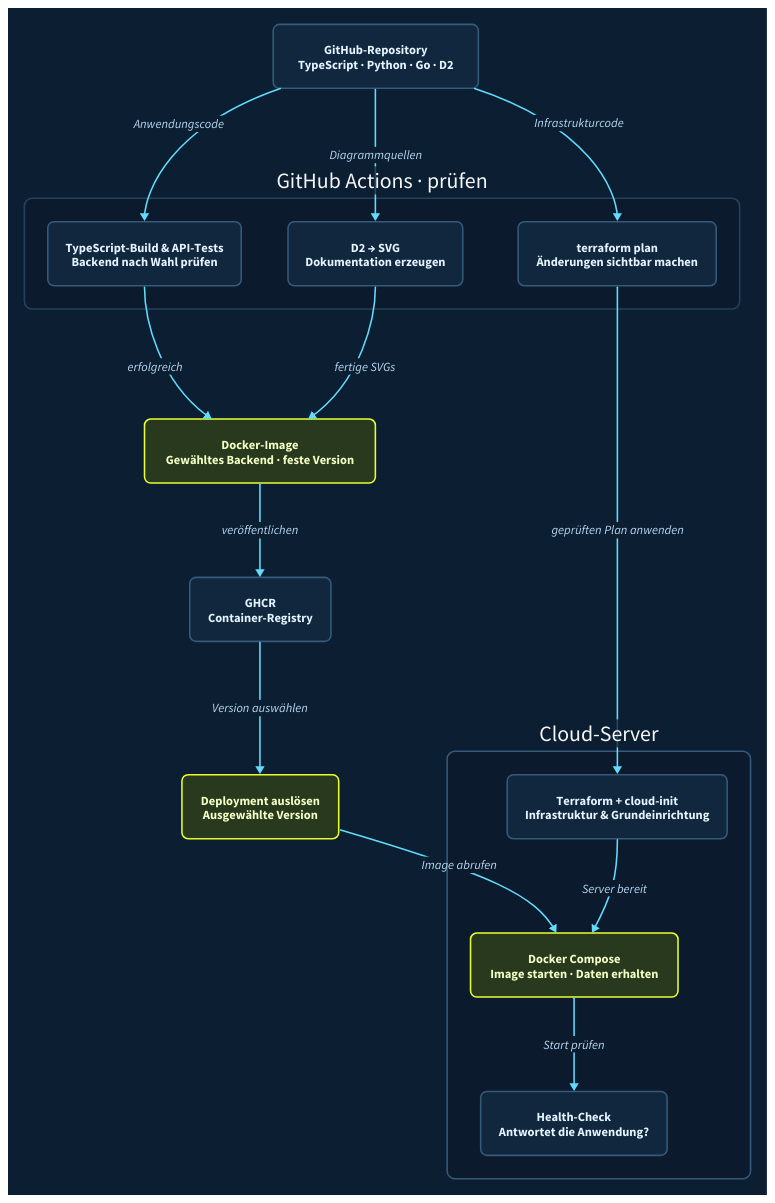
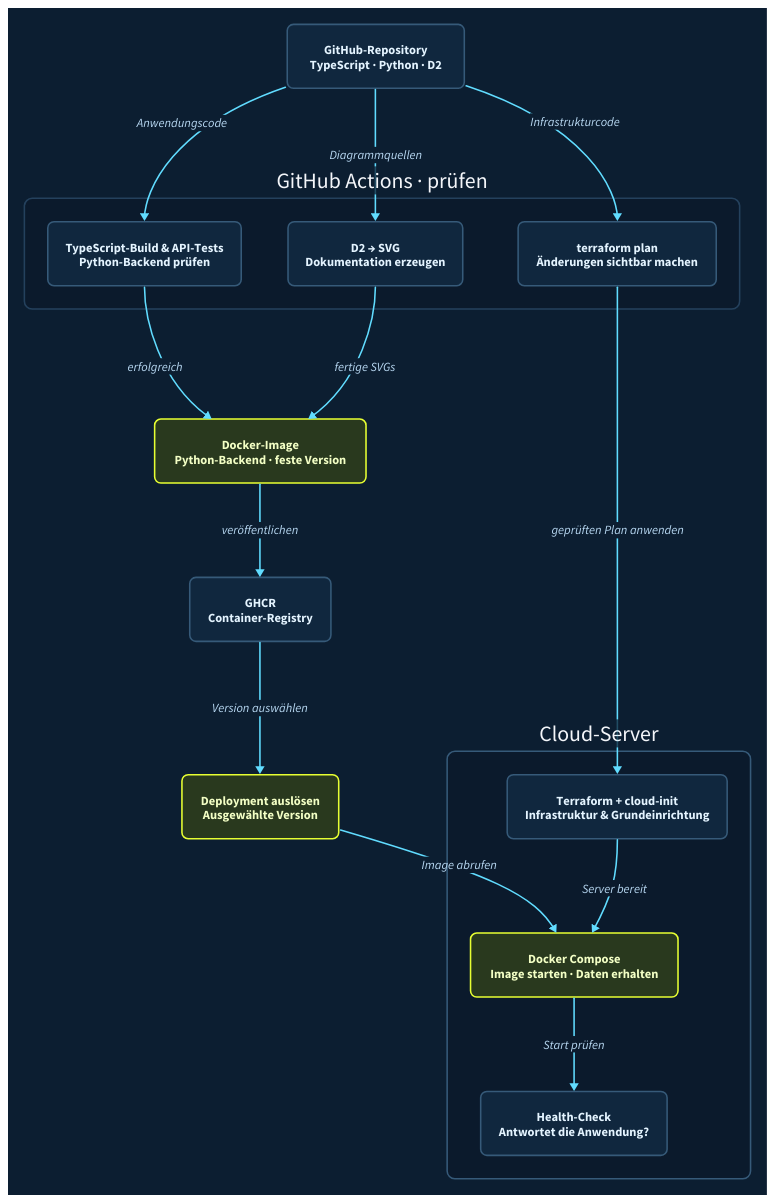
Before and after one commit to crnly/strom-dashboard: the diagram in diagrams/deployment.d2, drawn with D2. The commit also changed 17 other files, not shown here.

Commit message:
Simplify application to a single Python backend

```diff
--- a/diagrams/deployment.d2
+++ b/diagrams/deployment.d2
@@ -1,35 +1,35 @@
 vars: {d2-config: {theme-id: 201}}
 style: {fill: "#0C1E31"; font-color: "#E4F4FF"}
 # Geplanter Software- und Infrastrukturweg. Releases sind versioniert.
 direction: down
 classes: {
   node: {style: {fill: "#10273E"; stroke: "#365A79"; font-color: "#E4F4FF"; border-radius: 8}}
   emphasis: {style: {fill: "#29391E"; stroke: "#E7FF32"; font-color: "#F3FFC5"; border-radius: 8}}
 }
-repo: "GitHub-Repository\nTypeScript · Python · Go · D2" {class: node}
+repo: "GitHub-Repository\nTypeScript · Python · D2" {class: node}
 ci: "GitHub Actions · prüfen" {
   style: {fill: "#0B1A2C"; stroke: "#24415D"; border-radius: 10}
-  tests: "TypeScript-Build & API-Tests\nBackend nach Wahl prüfen" {class: node}
+  tests: "TypeScript-Build & API-Tests\nPython-Backend prüfen" {class: node}
   docs: "D2 → SVG\nDokumentation erzeugen" {class: node}
   plan: "terraform plan\nÄnderungen sichtbar machen" {class: node}
 }
-image: "Docker-Image\nGewähltes Backend · feste Version" {class: emphasis}
+image: "Docker-Image\nPython-Backend · feste Version" {class: emphasis}
 registry: "GHCR\nContainer-Registry" {class: node}
 release: "Deployment auslösen\nAusgewählte Version" {class: emphasis}
 server: "Cloud-Server" {
   style: {fill: "#0B1A2C"; stroke: "#365A79"; border-radius: 10}
   init: "Terraform + cloud-init\nInfrastruktur & Grundeinrichtung" {class: node}
   run: "Docker Compose\nImage starten · Daten erhalten" {class: emphasis}
   health: "Health-Check\nAntwortet die Anwendung?" {class: node}
 }
 repo -> ci.tests: Anwendungscode {style: {stroke: "#61DCFF"; font-color: "#B8D8F2"}}
 repo -> ci.docs: Diagrammquellen {style: {stroke: "#61DCFF"; font-color: "#B8D8F2"}}
 repo -> ci.plan: Infrastrukturcode {style: {stroke: "#61DCFF"; font-color: "#B8D8F2"}}
 ci.tests -> image: erfolgreich {style: {stroke: "#61DCFF"; font-color: "#B8D8F2"}}
 ci.docs -> image: fertige SVGs {style: {stroke: "#61DCFF"; font-color: "#B8D8F2"}}
 image -> registry: veröffentlichen {style: {stroke: "#61DCFF"; font-color: "#B8D8F2"}}
 registry -> release: Version auswählen {style: {stroke: "#61DCFF"; font-color: "#B8D8F2"}}
 release -> server.run: Image abrufen {style: {stroke: "#61DCFF"; font-color: "#B8D8F2"}}
 ci.plan -> server.init: geprüften Plan anwenden {style: {stroke: "#61DCFF"; font-color: "#B8D8F2"}}
 server.init -> server.run: Server bereit {style: {stroke: "#61DCFF"; font-color: "#B8D8F2"}}
 server.run -> server.health: Start prüfen {style: {stroke: "#61DCFF"; font-color: "#B8D8F2"}}
```
